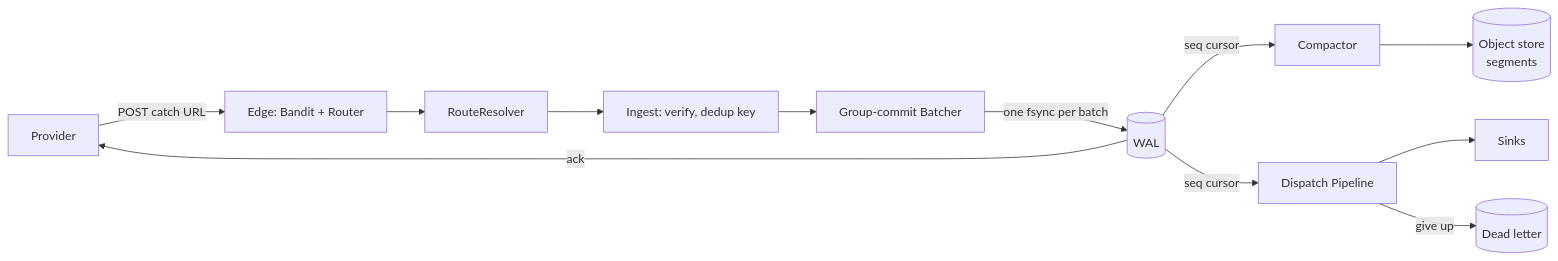
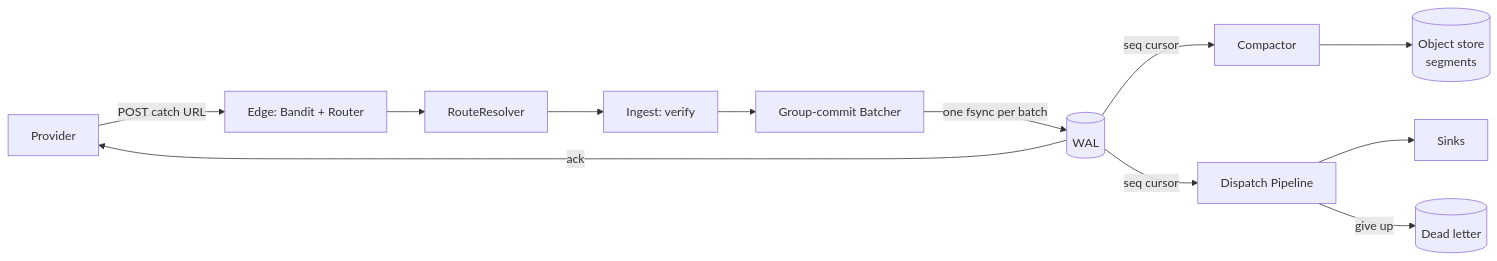
Before and after one commit to jamescarr/ankusa: the first of 3 diagrams in docs/architecture.md, drawn with Mermaid. The commit also changed other lines of this file and 98 other files, not shown here.

First line of the commit message:
refactor(wal)!: remove ingest dedup and the Postgres WAL

````diff
--- a/docs/architecture.md
+++ b/docs/architecture.md
@@ -29,14 +32,14 @@
 ```mermaid
 flowchart LR
     P[Provider] -->|POST catch URL| E[Edge: Bandit + Router]
     E --> RR[RouteResolver]
-    RR --> IG[Ingest: verify, dedup key]
+    RR --> IG[Ingest: verify]
     IG --> B[Group-commit Batcher]
     B -->|one fsync per batch| W[(WAL)]
     W -->|ack| P
     W -->|seq cursor| C[Compactor]
     W -->|seq cursor| D[Dispatch Pipeline]
     C --> S[(Object store\nsegments)]
     D --> SK[Sinks]
     D -->|give up| DLQ[(Dead letter)]
 ```
````
